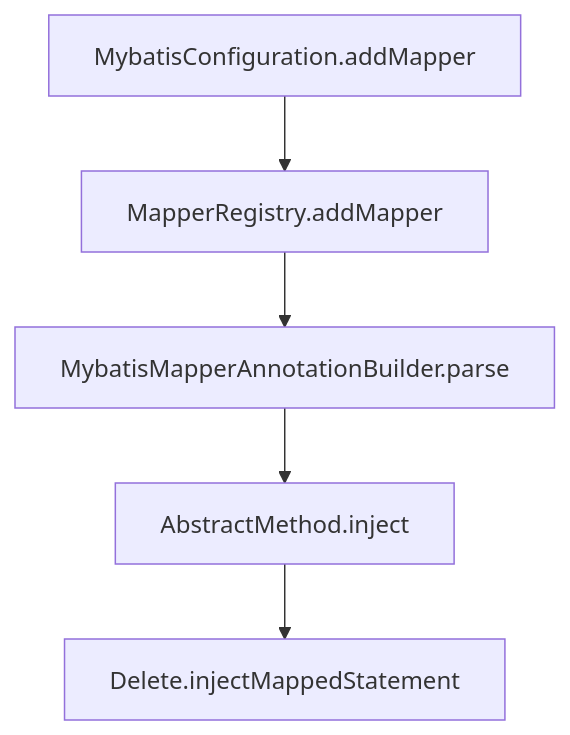
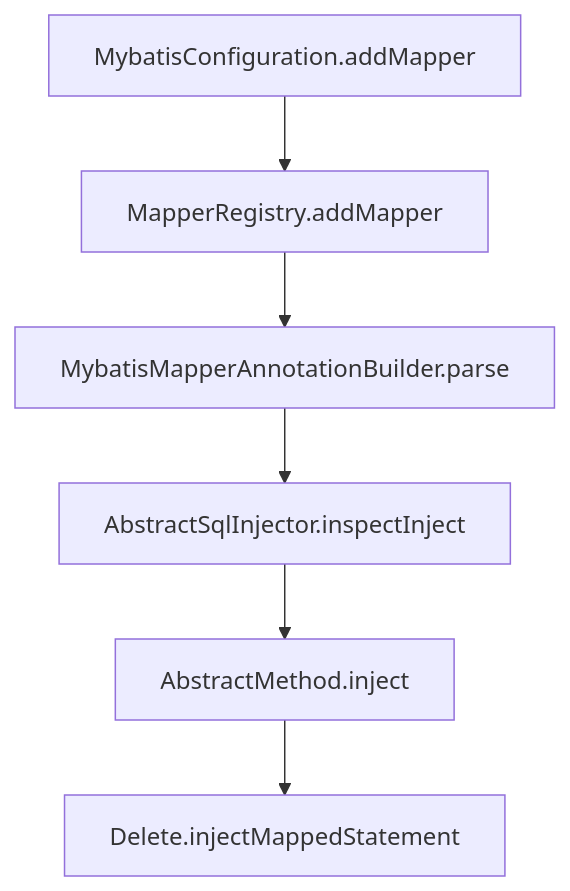
Before and after one commit to justin4v/ZettelNotes: the diagram in Database/Mybatis-plus/mybatis-plus-BaseMapper实现源码解析.md, drawn with Mermaid. The commit also changed 3 other files, not shown here.

````diff
--- a/Database/Mybatis-plus/mybatis-plus-BaseMapper实现源码解析.md
+++ b/Database/Mybatis-plus/mybatis-plus-BaseMapper实现源码解析.md
@@ -65,7 +65,8 @@
 ```mermaid
 graph TD
 A[MybatisConfiguration.addMapper]-->B[MapperRegistry.addMapper]
 B-->C[MybatisMapperAnnotationBuilder.parse]
-C-->D[AbstractMethod.inject]
+C-->F[AbstractSqlInjector.inspectInject]
+F-->D[AbstractMethod.inject]
 D-->E[Delete.injectMappedStatement]
 ```
````
